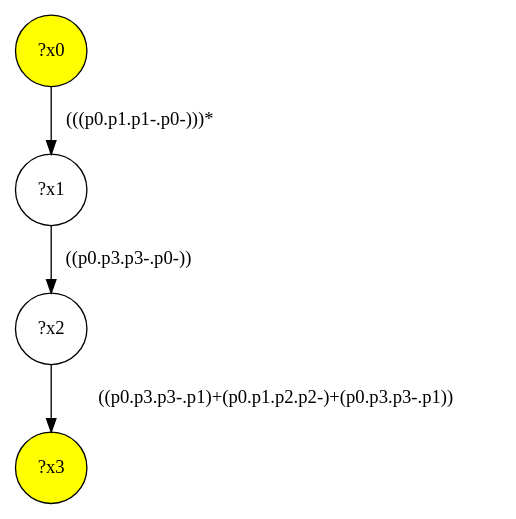
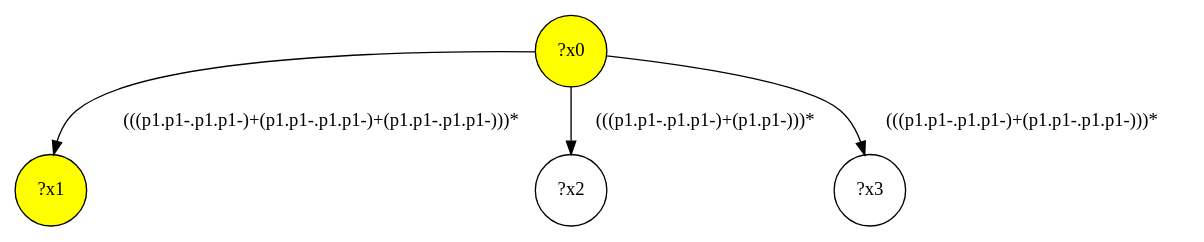
The diagram in src/queryinterface/interface-queries/query-29.dot (gbagan/gmark), drawn with Graphviz before and after one commit. The commit also changed 153 other files, not shown here.

```diff
--- a/src/queryinterface/interface-queries/query-29.dot
+++ b/src/queryinterface/interface-queries/query-29.dot
@@ -1,9 +1,9 @@
 digraph g {
 	x0 [fillcolor="yellow", style="filled," shape=circle, label="?x0"];
-	x3 [fillcolor="yellow", style="filled," shape=circle, label="?x3"];
-	x1 [shape=circle, label="?x1"];
-	x0 -> x1 [label="(((p0.p1.p1-.p0-)))*"];
+	x1 [fillcolor="yellow", style="filled," shape=circle, label="?x1"];
+	x0 -> x1 [label="(((p1.p1-.p1.p1-)+(p1.p1-.p1.p1-)+(p1.p1-.p1.p1-)))*"];
 	x2 [shape=circle, label="?x2"];
-	x1 -> x2 [label="((p0.p3.p3-.p0-))"];
-	x2 -> x3 [label="((p0.p3.p3-.p1)+(p0.p1.p2.p2-)+(p0.p3.p3-.p1))"];
+	x0 -> x2 [label="(((p1.p1-.p1.p1-)+(p1.p1-)))*"];
+	x3 [shape=circle, label="?x3"];
+	x0 -> x3 [label="(((p1.p1-.p1.p1-)+(p1.p1-.p1.p1-)))*"];
 }
```
